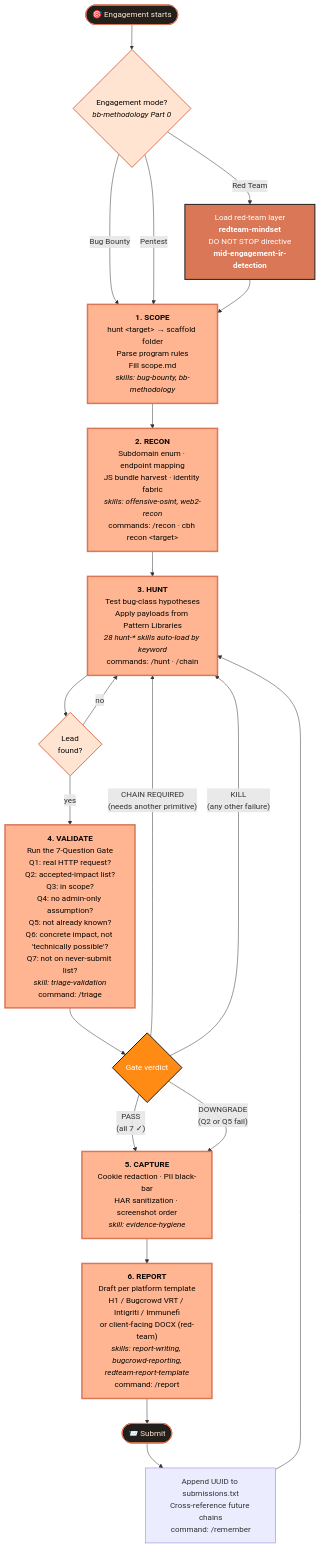
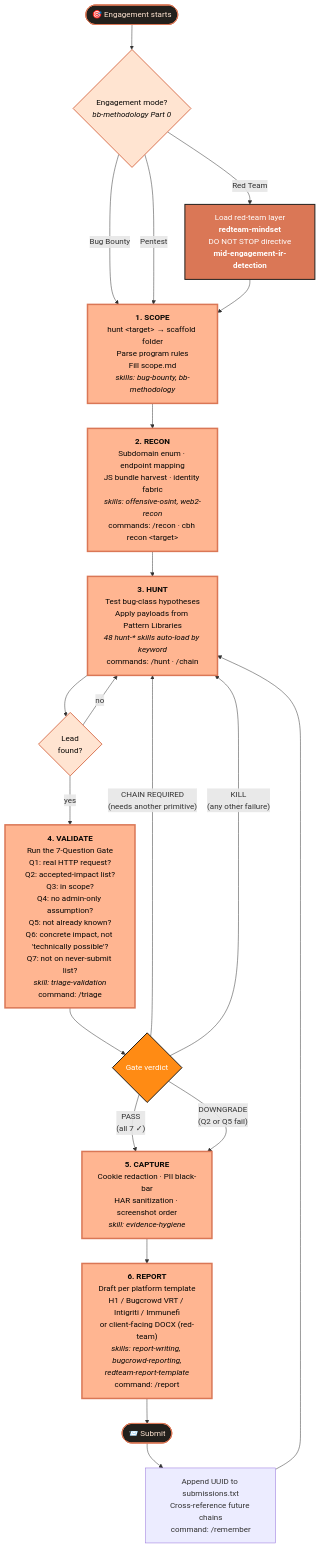
Before and after one commit to AliMousaviSoft/Claude-BugHunter: the second of 2 diagrams in README.md, drawn with Mermaid. The commit also changed other lines of this file and 2 other files, not shown here.

First line of the commit message:
docs: sync metrics to 71 skills after #7 merge (was 51)

````diff
--- a/README.md
+++ b/README.md
@@ -181,46 +181,46 @@
 ```mermaid
 flowchart TD
     classDef phase fill:#FFB591,stroke:#DA7756,stroke-width:3px,color:#080705
     classDef gate fill:#FF8B14,stroke:#23201C,stroke-width:2px,color:#fff
     classDef decision fill:#FFE4D1,stroke:#DA7756,stroke-width:2px,color:#080705
     classDef terminal fill:#23201C,stroke:#DA7756,stroke-width:2px,color:#FFE4D1
     classDef discipline fill:#DA7756,stroke:#23201C,stroke-width:2px,color:#fff
 
     Start(["🎯 Engagement starts"]):::terminal --> Mode
 
     Mode{"Engagement mode?<br/><i>bb-methodology Part 0</i>"}:::decision
     Mode -->|"Bug Bounty"| Scope
     Mode -->|"Red Team"| RTSetup
     Mode -->|"Pentest"| Scope
 
     RTSetup["Load red-team layer<br/><b>redteam-mindset</b><br/>DO NOT STOP directive<br/><b>mid-engagement-ir-detection</b>"]:::discipline
     RTSetup --> Scope
 
     Scope["<b>1. SCOPE</b><br/>hunt &lt;target&gt; → scaffold folder<br/>Parse program rules<br/>Fill scope.md<br/><i>skills: bug-bounty, bb-methodology</i>"]:::phase
     Scope --> Recon
 
     Recon["<b>2. RECON</b><br/>Subdomain enum · endpoint mapping<br/>JS bundle harvest · identity fabric<br/><i>skills: offensive-osint, web2-recon</i><br/>commands: /recon · cbh recon &lt;target&gt;"]:::phase
     Recon --> Hunt
 
-    Hunt["<b>3. HUNT</b><br/>Test bug-class hypotheses<br/>Apply payloads from Pattern Libraries<br/><i>28 hunt-* skills auto-load by keyword</i><br/>commands: /hunt · /chain"]:::phase
+    Hunt["<b>3. HUNT</b><br/>Test bug-class hypotheses<br/>Apply payloads from Pattern Libraries<br/><i>48 hunt-* skills auto-load by keyword</i><br/>commands: /hunt · /chain"]:::phase
     Hunt --> Found{"Lead<br/>found?"}:::decision
     Found -->|"no"| Hunt
     Found -->|"yes"| Validate
 
     Validate["<b>4. VALIDATE</b><br/>Run the 7-Question Gate<br/>Q1: real HTTP request?<br/>Q2: accepted-impact list?<br/>Q3: in scope?<br/>Q4: no admin-only assumption?<br/>Q5: not already known?<br/>Q6: concrete impact, not 'technically possible'?<br/>Q7: not on never-submit list?<br/><i>skill: triage-validation</i><br/>command: /triage"]:::phase
     Validate --> Verdict{"Gate verdict"}:::gate
 
     Verdict -->|"PASS<br/>(all 7 ✓)"| Capture
     Verdict -->|"DOWNGRADE<br/>(Q2 or Q5 fail)"| Capture
     Verdict -->|"CHAIN REQUIRED<br/>(needs another primitive)"| Hunt
     Verdict -->|"KILL<br/>(any other failure)"| Hunt
 
     Capture["<b>5. CAPTURE</b><br/>Cookie redaction · PII black-bar<br/>HAR sanitization · screenshot order<br/><i>skill: evidence-hygiene</i>"]:::phase
     Capture --> Report
 
     Report["<b>6. REPORT</b><br/>Draft per platform template<br/>H1 / Bugcrowd VRT / Intigriti / Immunefi<br/>or client-facing DOCX (red-team)<br/><i>skills: report-writing, bugcrowd-reporting,<br/>redteam-report-template</i><br/>command: /report"]:::phase
     Report --> Submit(["📨 Submit"]):::terminal
 
     Submit --> Track["Append UUID to submissions.txt<br/>Cross-reference future chains<br/>command: /remember"]
     Track --> Hunt
 ```
````
